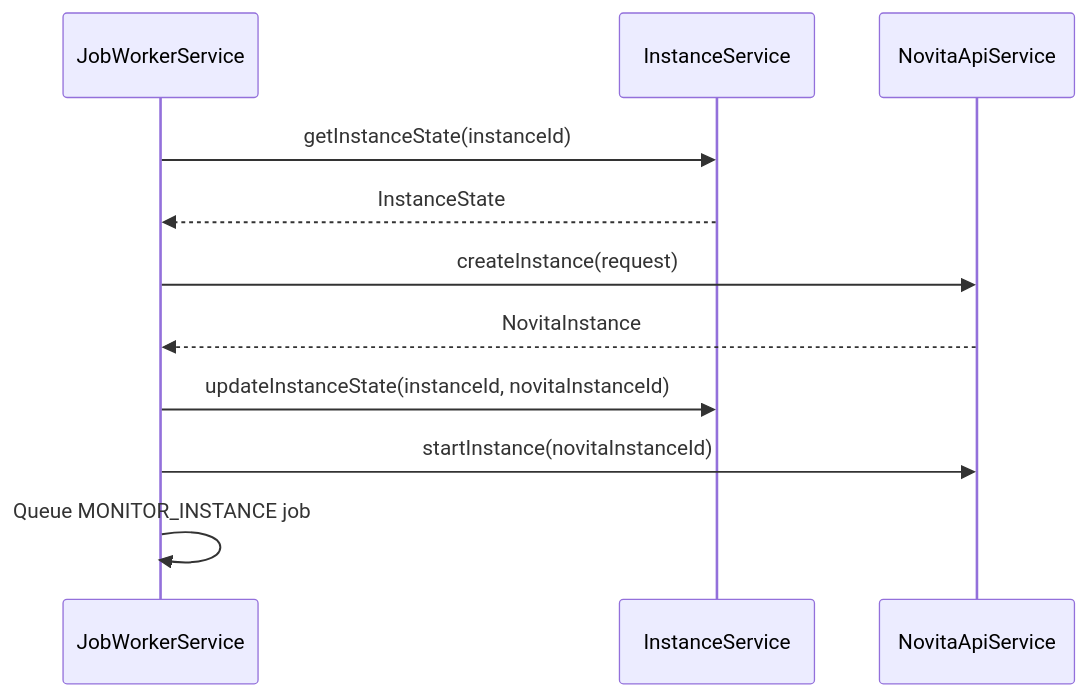
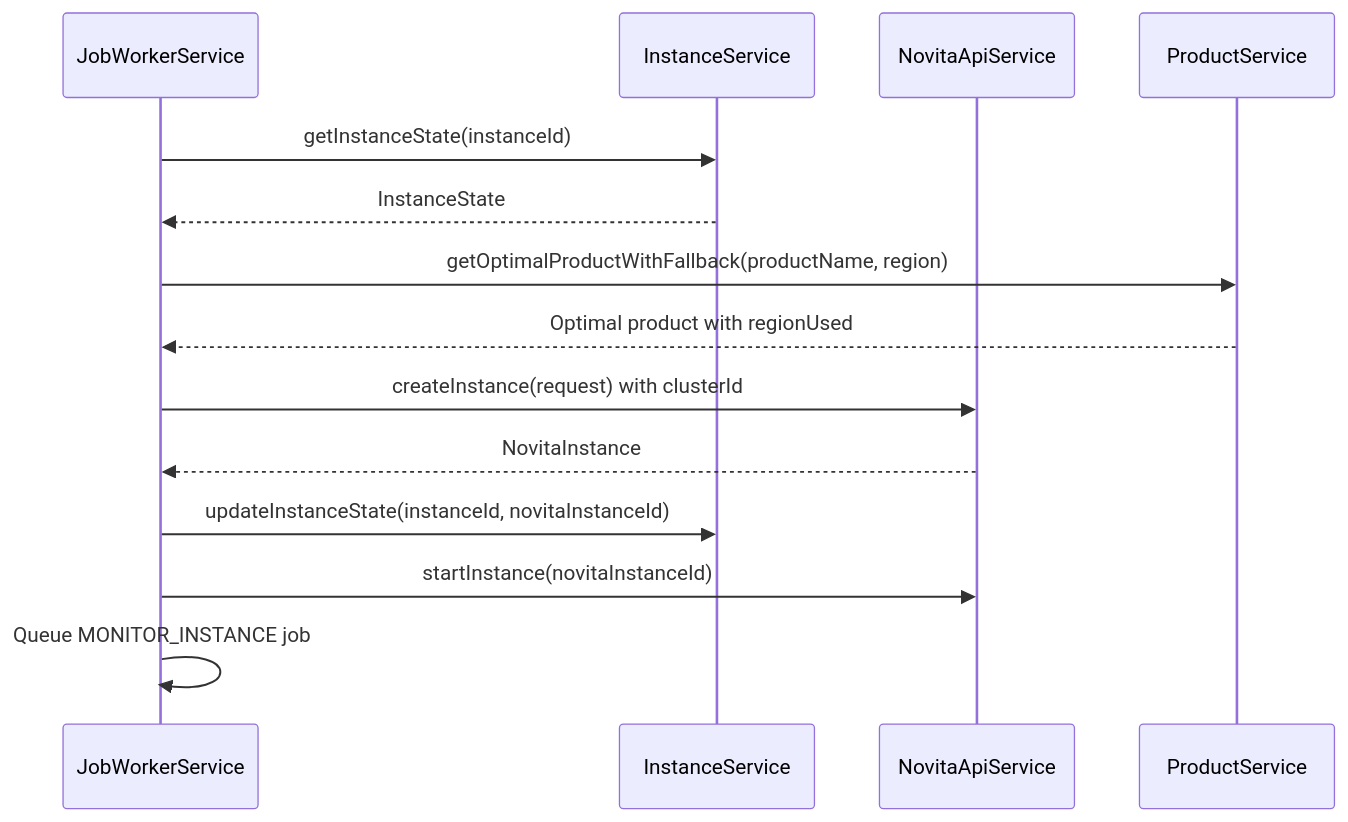
The fourth of 10 diagrams in .qoder/repowiki/en/content/Service Architecture/Job Worker Service.md (sontl/novita-ai-api), drawn with Mermaid before and after one commit. The commit also changed other lines of this file and 17 other files, not shown here.

````diff
--- a/.qoder/repowiki/en/content/Service Architecture/Job Worker Service.md
+++ b/.qoder/repowiki/en/content/Service Architecture/Job Worker Service.md
@@ -99,13 +141,16 @@
 ```mermaid
 sequenceDiagram
 participant JW as JobWorkerService
 participant IS as InstanceService
 participant NS as NovitaApiService
+participant PS as ProductService
 JW->>IS : getInstanceState(instanceId)
 IS-->>JW : InstanceState
-JW->>NS : createInstance(request)
+JW->>PS : getOptimalProductWithFallback(productName, region)
+PS-->>JW : Optimal product with regionUsed
+JW->>NS : createInstance(request) with clusterId
 NS-->>JW : NovitaInstance
 JW->>IS : updateInstanceState(instanceId, novitaInstanceId)
 JW->>NS : startInstance(novitaInstanceId)
 JW->>JW : Queue MONITOR_INSTANCE job
 ```
````
